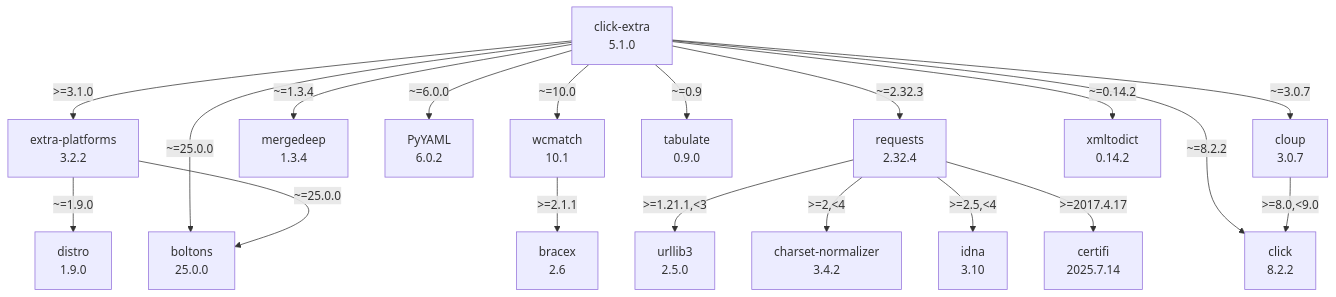
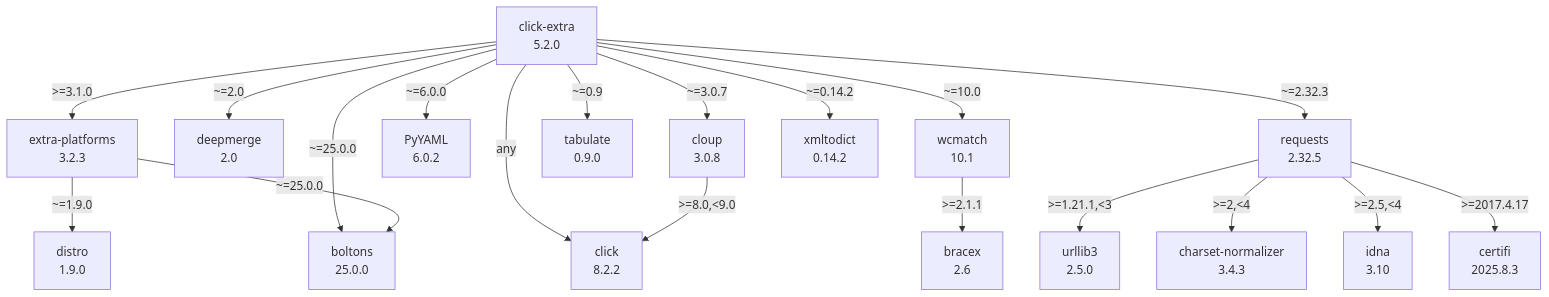
Before and after one commit to kdeldycke/click-extra: the diagram in docs/assets/dependencies.mmd, drawn with Mermaid.

Commit message:
[autofix] Regenerate dependency graph

```diff
--- a/docs/assets/dependencies.mmd
+++ b/docs/assets/dependencies.mmd
@@ -1,37 +1,37 @@
 flowchart TD
     classDef missing stroke-dasharray: 5
     boltons["boltons\n25.0.0"]
     bracex["bracex\n2.6"]
-    certifi["certifi\n2025.7.14"]
-    charset-normalizer["charset-normalizer\n3.4.2"]
-    click-extra["click-extra\n5.1.0"]
+    certifi["certifi\n2025.8.3"]
+    charset-normalizer["charset-normalizer\n3.4.3"]
+    click-extra["click-extra\n5.2.0"]
     click_0["click\n8.2.2"]
-    cloup["cloup\n3.0.7"]
+    cloup["cloup\n3.0.8"]
+    deepmerge["deepmerge\n2.0"]
     distro["distro\n1.9.0"]
-    extra-platforms["extra-platforms\n3.2.2"]
+    extra-platforms["extra-platforms\n3.2.3"]
     idna["idna\n3.10"]
-    mergedeep["mergedeep\n1.3.4"]
     pyyaml["PyYAML\n6.0.2"]
-    requests["requests\n2.32.4"]
+    requests["requests\n2.32.5"]
     tabulate["tabulate\n0.9.0"]
     urllib3["urllib3\n2.5.0"]
     wcmatch["wcmatch\n10.1"]
     xmltodict["xmltodict\n0.14.2"]
     click-extra -- ">=3.1.0" --> extra-platforms
+    click-extra -- "any" --> click_0
     click-extra -- "~=0.14.2" --> xmltodict
     click-extra -- "~=0.9" --> tabulate
-    click-extra -- "~=1.3.4" --> mergedeep
     click-extra -- "~=10.0" --> wcmatch
+    click-extra -- "~=2.0" --> deepmerge
     click-extra -- "~=2.32.3" --> requests
     click-extra -- "~=25.0.0" --> boltons
     click-extra -- "~=3.0.7" --> cloup
     click-extra -- "~=6.0.0" --> pyyaml
-    click-extra -- "~=8.2.2" --> click_0
     cloup -- ">=8.0,<9.0" --> click_0
     extra-platforms -- "~=1.9.0" --> distro
     extra-platforms -- "~=25.0.0" --> boltons
     requests -- ">=1.21.1,<3" --> urllib3
     requests -- ">=2,<4" --> charset-normalizer
     requests -- ">=2.5,<4" --> idna
     requests -- ">=2017.4.17" --> certifi
     wcmatch -- ">=2.1.1" --> bracex
```
